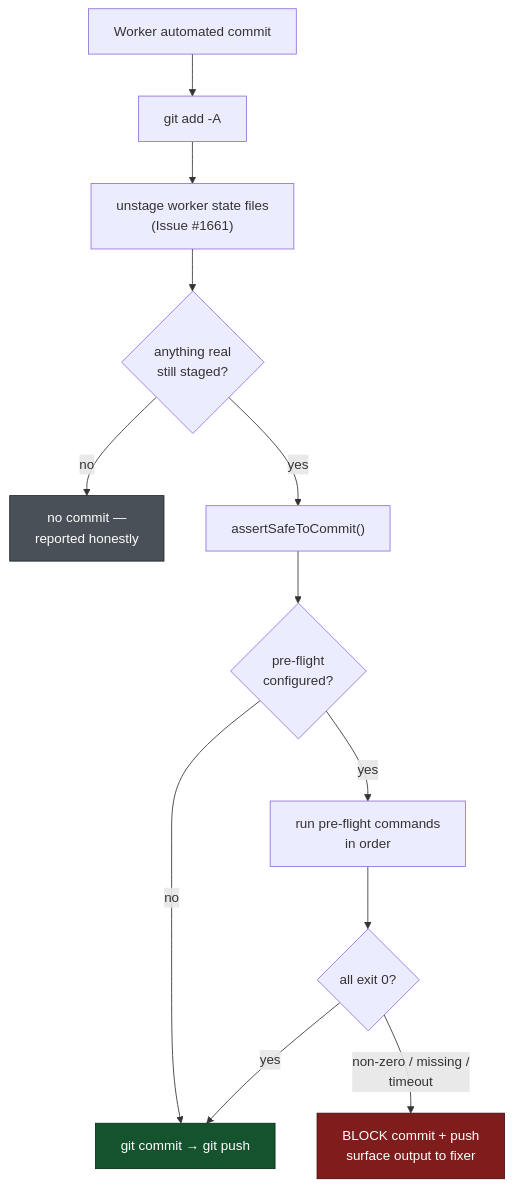
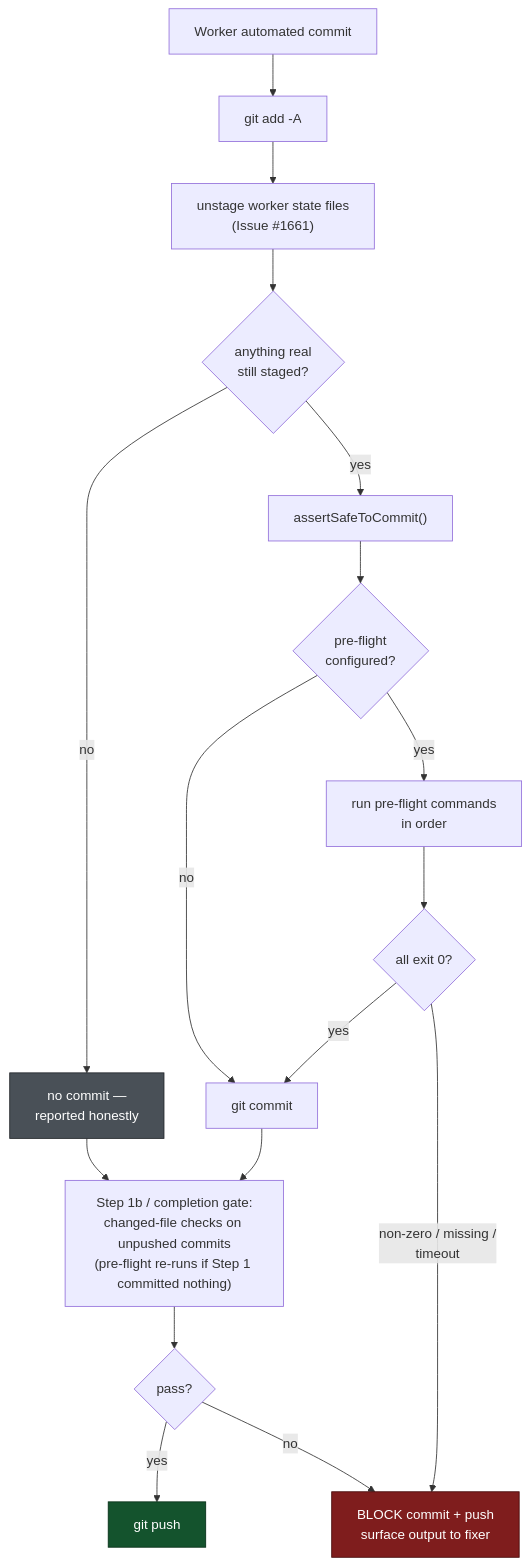
Before and after one commit to stSoftwareAU/VibeCoder: diagram 24 of 29 in docs/CONFIGURATION.md, drawn with Mermaid. The commit also changed other lines of this file and 2 other files, not shown here.

First line of the commit message:
Document Step 1b and completion-phase pre-push gate (PR #3716)

````diff
--- a/docs/CONFIGURATION.md
+++ b/docs/CONFIGURATION.md
@@ -4656,17 +4674,22 @@
 ```mermaid
 flowchart TD
     A["Worker automated commit"] --> B["git add -A"]
     B --> W["unstage worker state files<br/>(Issue #1661)"]
     W --> N{"anything real<br/>still staged?"}
     N -->|no| S["no commit —<br/>reported honestly"]
     N -->|yes| C["assertSafeToCommit()"]
     C --> D{"pre-flight<br/>configured?"}
-    D -->|no| G["git commit → git push"]
+    D -->|no| G["git commit"]
     D -->|yes| E["run pre-flight commands<br/>in order"]
     E --> F{"all exit 0?"}
     F -->|yes| G
     F -->|"non-zero / missing /<br/>timeout"| H["BLOCK commit + push<br/>surface output to fixer"]
+    G --> B1["Step 1b / completion gate:<br/>changed-file checks on unpushed commits<br/>(pre-flight re-runs if Step 1 committed nothing)"]
+    S --> B1
+    B1 --> K{"pass?"}
+    K -->|yes| P["git push"]
+    K -->|no| H
+    style P fill:#14532d,stroke:#052e16,color:#fff
     style H fill:#7f1d1d,stroke:#450a0a,color:#fff
-    style G fill:#14532d,stroke:#052e16,color:#fff
     style S fill:#495057,stroke:#212529,color:#fff
 ```
````
